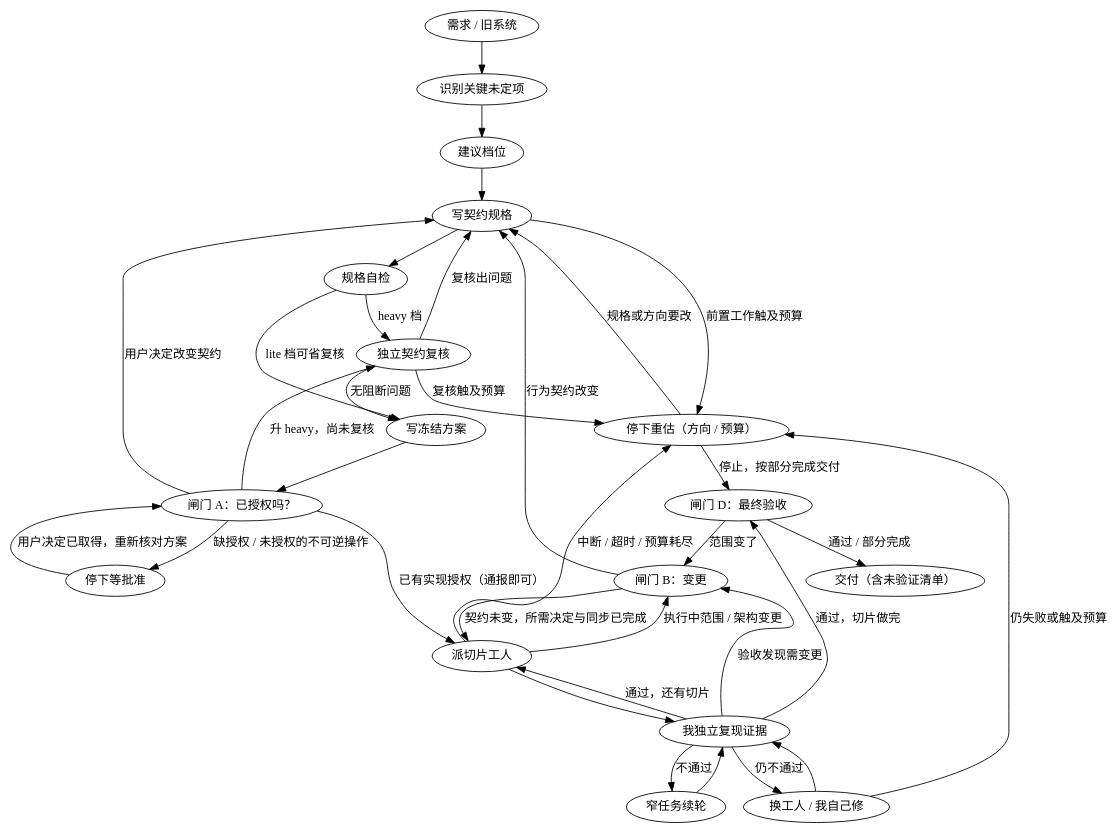
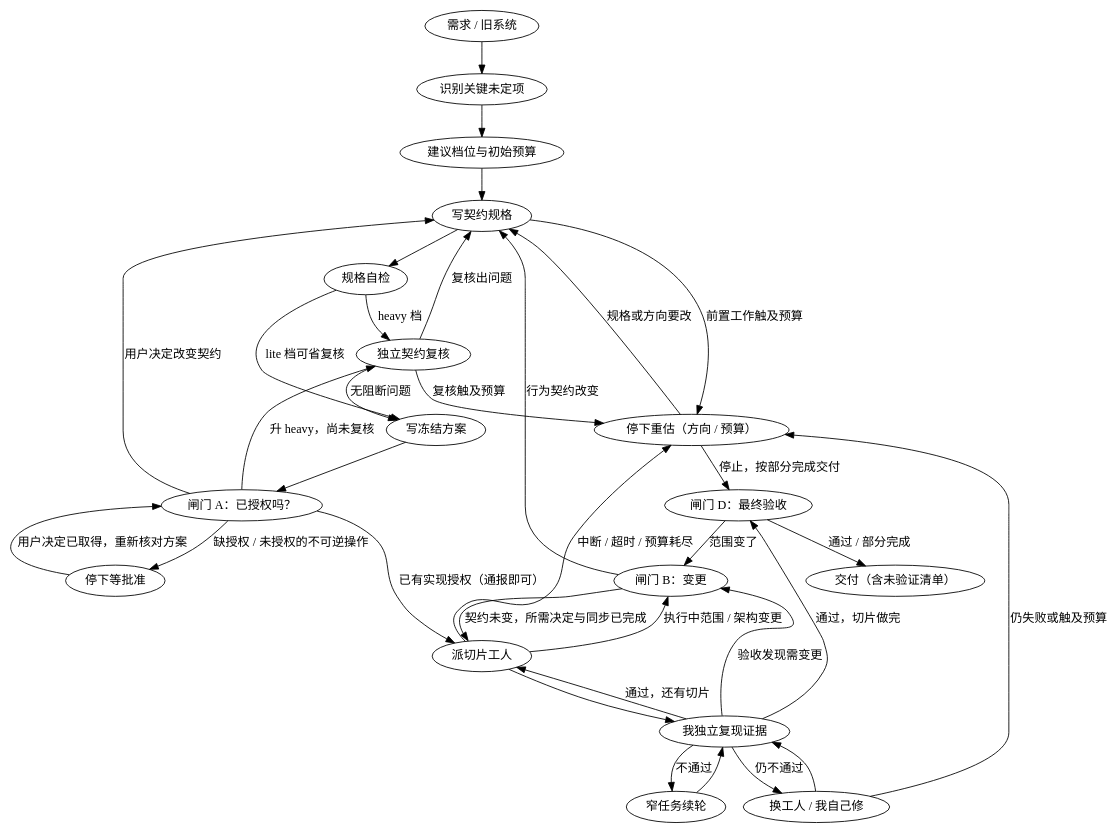
One commit to Leexunhuan743/orchestrated-build changed the diagram in SKILL.md. Above: the diagram before and after it, drawn with Graphviz. The commit also changed other lines of this file and 8 other files, not shown here.

````diff
--- a/SKILL.md
+++ b/SKILL.md
@@ -28,37 +28,37 @@
 ```dot
 digraph loop {
   "需求 / 旧系统" -> "识别关键未定项";
-  "识别关键未定项" -> "建议档位";
-  "建议档位" -> "写契约规格";
+  "识别关键未定项" -> "建议档位与初始预算";
+  "建议档位与初始预算" -> "写契约规格";
   "写契约规格" -> "规格自检";
   "规格自检" -> "独立契约复核" [label="heavy 档"];
   "规格自检" -> "写冻结方案" [label="lite 档可省复核"];
   "独立契约复核" -> "写冻结方案" [label="无阻断问题"];
   "独立契约复核" -> "写契约规格" [label="复核出问题"];
   "写冻结方案" -> "闸门 A：已授权吗？";
   "闸门 A：已授权吗？" -> "写契约规格" [label="用户决定改变契约"];
   "闸门 A：已授权吗？" -> "独立契约复核" [label="升 heavy，尚未复核"];
   "闸门 A：已授权吗？" -> "停下等批准" [label="缺授权 / 未授权的不可逆操作"];
   "停下等批准" -> "闸门 A：已授权吗？" [label="用户决定已取得，重新核对方案"];
   "闸门 A：已授权吗？" -> "派切片工人" [label="已有实现授权（通报即可）"];
   "派切片工人" -> "我独立复现证据";
   "派切片工人" -> "闸门 B：变更" [label="执行中范围 / 架构变更"];
   "我独立复现证据" -> "窄任务续轮" [label="不通过"];
   "窄任务续轮" -> "我独立复现证据";
   "我独立复现证据" -> "换工人 / 我自己修" [label="仍不通过"];
   "换工人 / 我自己修" -> "我独立复现证据";
   "换工人 / 我自己修" -> "停下重估（方向 / 预算）" [label="仍失败或触及预算"];
   "写契约规格" -> "停下重估（方向 / 预算）" [label="前置工作触及预算"];
   "独立契约复核" -> "停下重估（方向 / 预算）" [label="复核触及预算"];
   "派切片工人" -> "停下重估（方向 / 预算）" [label="中断 / 超时 / 预算耗尽"];
   "停下重估（方向 / 预算）" -> "写契约规格" [label="规格或方向要改"];
   "停下重估（方向 / 预算）" -> "闸门 D：最终验收" [label="停止，按部分完成交付"];
   "我独立复现证据" -> "派切片工人" [label="通过，还有切片"];
   "我独立复现证据" -> "闸门 D：最终验收" [label="通过，切片做完"];
   "我独立复现证据" -> "闸门 B：变更" [label="验收发现需变更"];
   "闸门 D：最终验收" -> "闸门 B：变更" [label="范围变了"];
   "闸门 B：变更" -> "写契约规格" [label="行为契约改变"];
   "闸门 B：变更" -> "派切片工人" [label="契约未变，所需决定与同步已完成"];
   "闸门 D：最终验收" -> "交付（含未验证清单）" [label="通过 / 部分完成"];
 }
 ```
````
